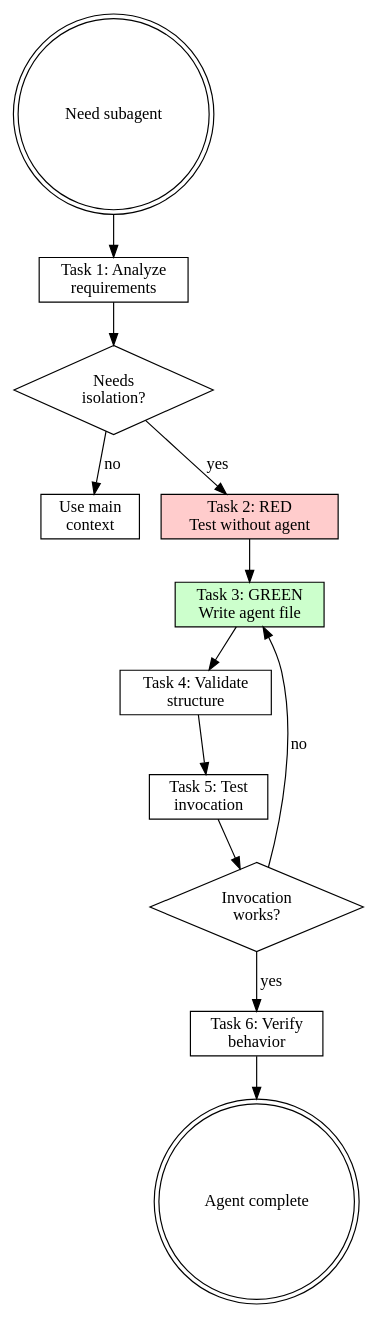
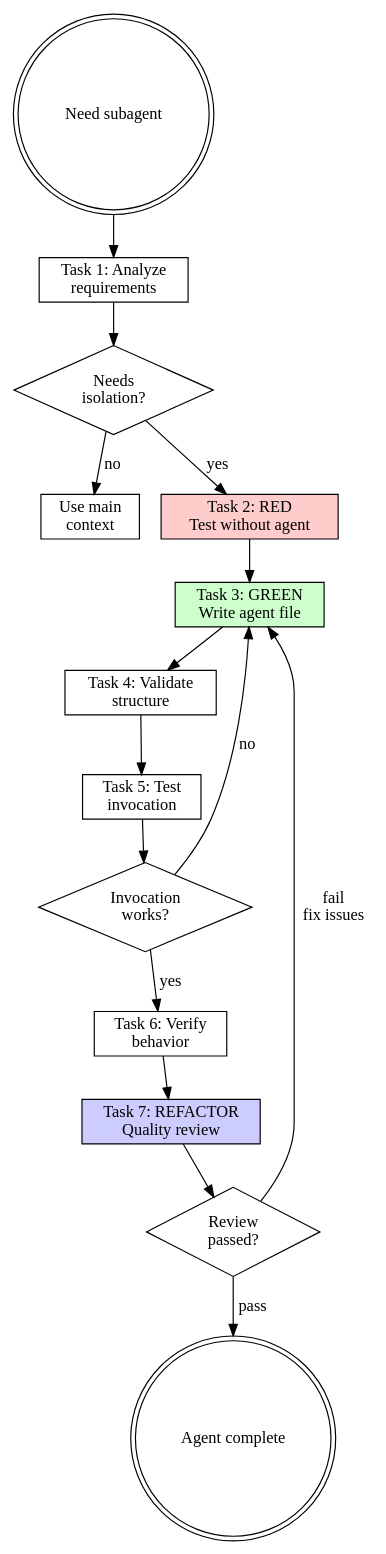
Before and after one commit to wayne930242/Reflexive-Claude-Code: the diagram in plugins/rcc/skills/writing-subagents/SKILL.md, drawn with Graphviz. The commit also changed other lines of this file and 13 other files, not shown here.

````diff
--- a/plugins/rcc/skills/writing-subagents/SKILL.md
+++ b/plugins/rcc/skills/writing-subagents/SKILL.md
@@ -249,29 +269,34 @@
 ```dot
 digraph subagent_creation {
     rankdir=TB;
 
     start [label="Need subagent", shape=doublecircle];
     analyze [label="Task 1: Analyze\nrequirements", shape=box];
     need_agent [label="Needs\nisolation?", shape=diamond];
     no_agent [label="Use main\ncontext", shape=box];
     baseline [label="Task 2: RED\nTest without agent", shape=box, style=filled, fillcolor="#ffcccc"];
     write [label="Task 3: GREEN\nWrite agent file", shape=box, style=filled, fillcolor="#ccffcc"];
     validate [label="Task 4: Validate\nstructure", shape=box];
     invoke [label="Task 5: Test\ninvocation", shape=box];
     invoke_pass [label="Invocation\nworks?", shape=diamond];
     verify [label="Task 6: Verify\nbehavior", shape=box];
+    review [label="Task 7: REFACTOR\nQuality review", shape=box, style=filled, fillcolor="#ccccff"];
+    review_pass [label="Review\npassed?", shape=diamond];
     done [label="Agent complete", shape=doublecircle];
 
     start -> analyze;
     analyze -> need_agent;
     need_agent -> no_agent [label="no"];
     need_agent -> baseline [label="yes"];
     baseline -> write;
     write -> validate;
     validate -> invoke;
     invoke -> invoke_pass;
     invoke_pass -> verify [label="yes"];
     invoke_pass -> write [label="no"];
-    verify -> done;
+    verify -> review;
+    review -> review_pass;
+    review_pass -> done [label="pass"];
+    review_pass -> write [label="fail\nfix issues"];
 }
 ```
````
